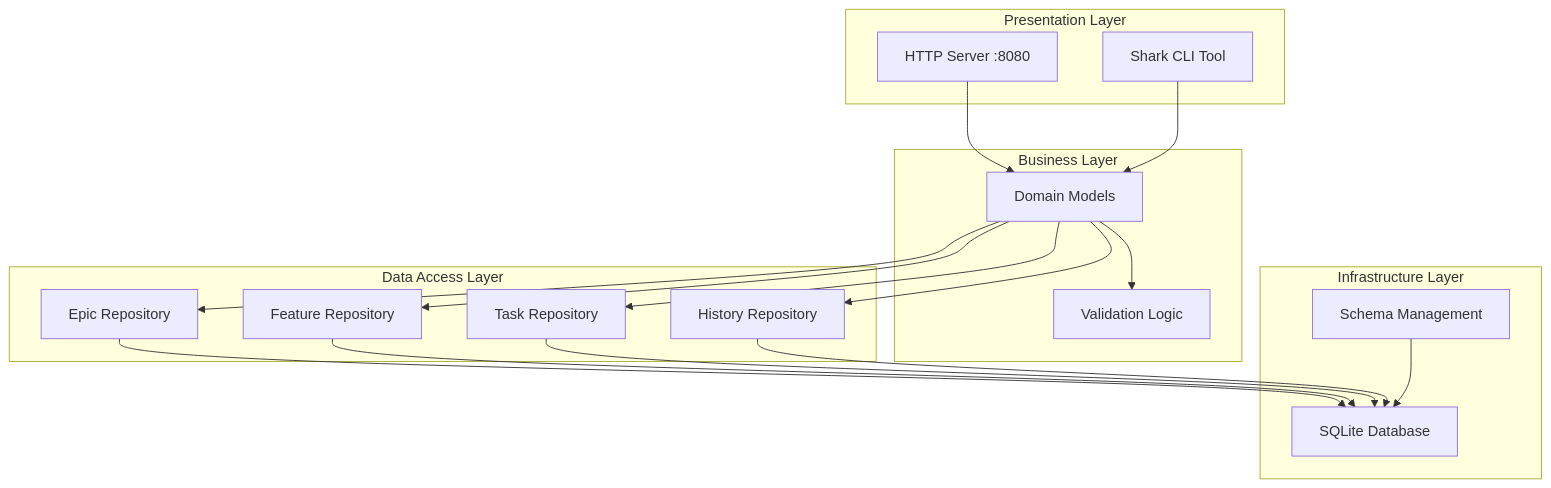
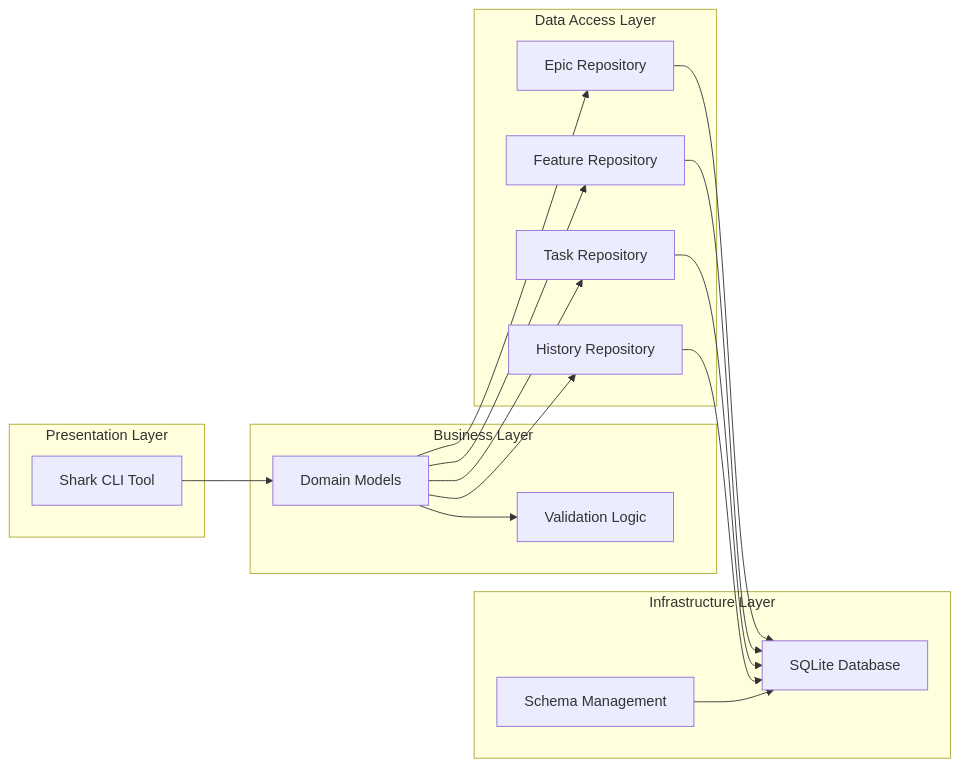
One commit to jwwelbor/shark-task-manager changed the first of 2 diagrams in docs/architecture/SYSTEM_DESIGN.md. Above: the diagram before and after it, drawn with Mermaid. The commit also changed 203 other files, not shown here.

````diff
--- a/docs/architecture/SYSTEM_DESIGN.md
+++ b/docs/architecture/SYSTEM_DESIGN.md
@@ -55,37 +55,35 @@
 ```mermaid
-graph TB
+graph LR
     subgraph "Presentation Layer"
-        HTTP[HTTP Server :8080]
         CLI[Shark CLI Tool]
     end
 
     subgraph "Business Layer"
         Models[Domain Models]
         Validation[Validation Logic]
     end
 
     subgraph "Data Access Layer"
         EpicRepo[Epic Repository]
         FeatureRepo[Feature Repository]
         TaskRepo[Task Repository]
         HistoryRepo[History Repository]
     end
 
     subgraph "Infrastructure Layer"
         DB[SQLite Database]
         Schema[Schema Management]
     end
 
-    HTTP --> Models
     CLI --> Models
     Models --> Validation
     Models --> EpicRepo
     Models --> FeatureRepo
     Models --> TaskRepo
     Models --> HistoryRepo
     EpicRepo --> DB
     FeatureRepo --> DB
     TaskRepo --> DB
     HistoryRepo --> DB
     Schema --> DB
 ```
````
